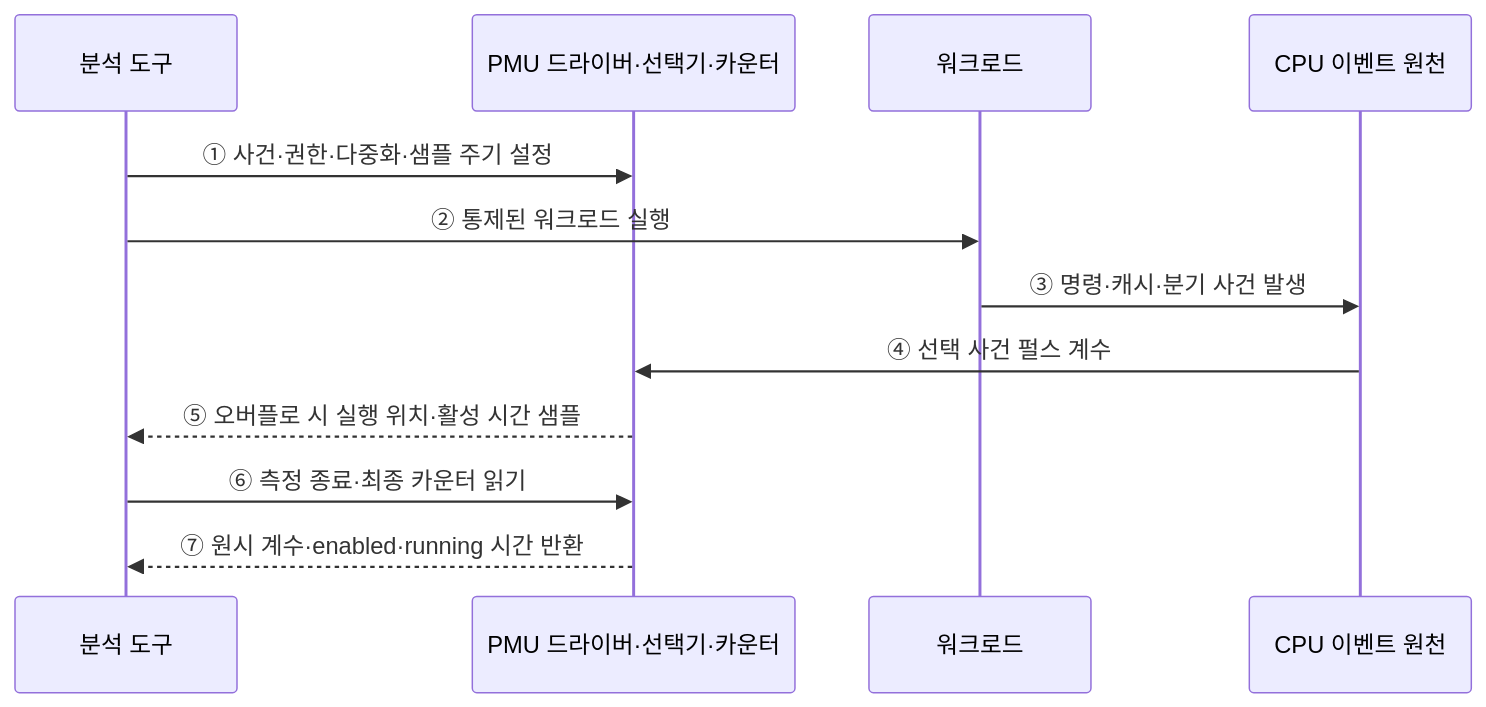
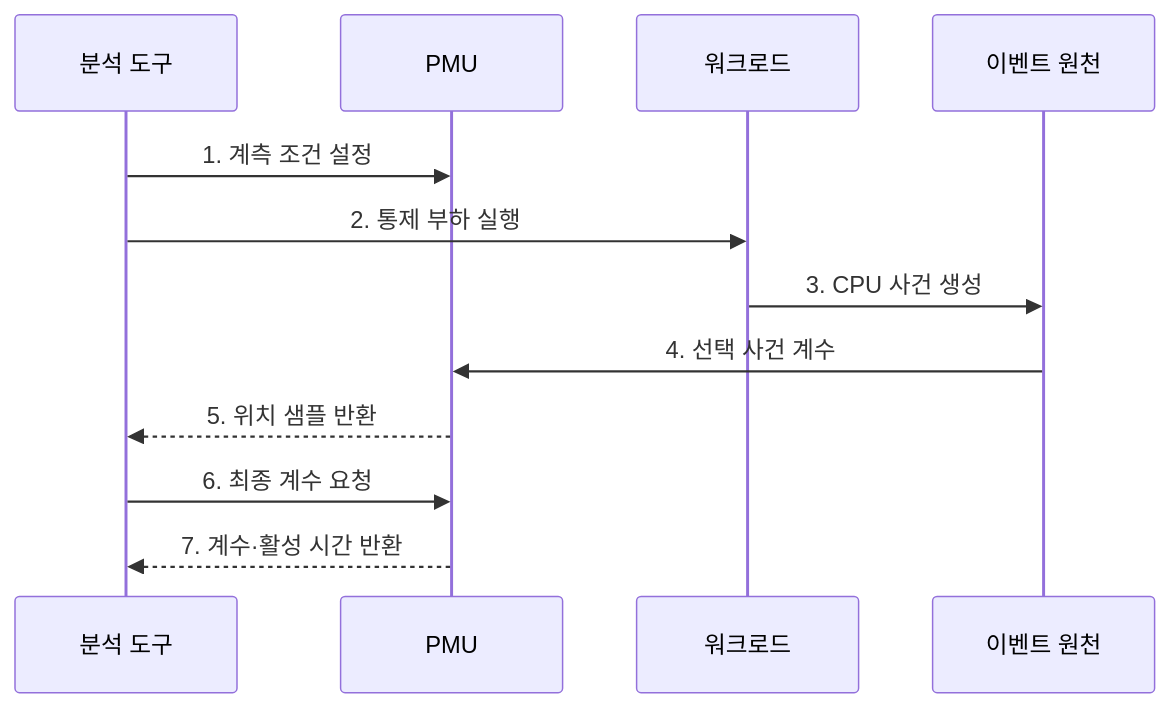
Before and after one commit to agnusdei1207/knowledge-base: the second of 2 diagrams in src/content/docs/notes/02-hardware/091_hardware_performance_counter_pmu.md, drawn with Mermaid. The commit also changed other lines of this file and 20 other files, not shown here.

````diff
--- a/src/content/docs/notes/02-hardware/091_hardware_performance_counter_pmu.md
+++ b/src/content/docs/notes/02-hardware/091_hardware_performance_counter_pmu.md
@@ -89,15 +100,14 @@
 ```mermaid
 sequenceDiagram
     participant A as 분석 도구
-    participant P as PMU 드라이버·선택기·카운터
+    participant P as PMU
     participant W as 워크로드
-    participant E as CPU 이벤트 원천
-
-    A->>P: ① 사건·권한·다중화·샘플 주기 설정
-    A->>W: ② 통제된 워크로드 실행
-    W->>E: ③ 명령·캐시·분기 사건 발생
-    E->>P: ④ 선택 사건 펄스 계수
-    P-->>A: ⑤ 오버플로 시 실행 위치·활성 시간 샘플
-    A->>P: ⑥ 측정 종료·최종 카운터 읽기
-    P-->>A: ⑦ 원시 계수·enabled·running 시간 반환
+    participant E as 이벤트 원천
+    A->>P: 1. 계측 조건 설정
+    A->>W: 2. 통제 부하 실행
+    W->>E: 3. CPU 사건 생성
+    E->>P: 4. 선택 사건 계수
+    P-->>A: 5. 위치 샘플 반환
+    A->>P: 6. 최종 계수 요청
+    P-->>A: 7. 계수·활성 시간 반환
 ```
````
